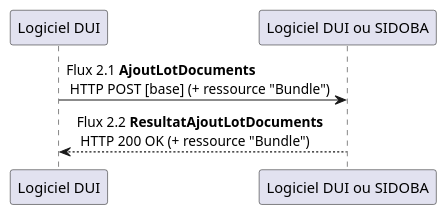
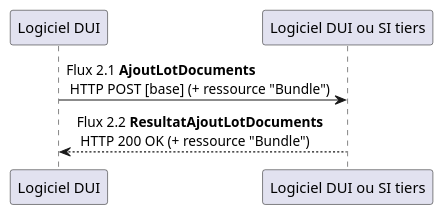
One commit to ansforge/IG-fhir-transfert-donnees-dui-esms changed the diagram in input/images-source/flux2.plantuml. Above: the diagram before and after it, drawn with PlantUML. The commit also changed 5 other files, not shown here.

```diff
--- a/input/images-source/flux2.plantuml
+++ b/input/images-source/flux2.plantuml
@@ -1,6 +1,6 @@
 @startuml
 
-"Logiciel DUI" -> "Logiciel DUI ou SIDOBA" : Flux 2.1 **AjoutLotDocuments** \n HTTP POST [base] (+ ressource "Bundle")
-"Logiciel DUI" <-- "Logiciel DUI ou SIDOBA" : Flux 2.2 **ResultatAjoutLotDocuments** \n HTTP 200 OK (+ ressource "Bundle")
+"Logiciel DUI" -> "Logiciel DUI ou SI tiers" : Flux 2.1 **AjoutLotDocuments** \n HTTP POST [base] (+ ressource "Bundle")
+"Logiciel DUI" <-- "Logiciel DUI ou SI tiers" : Flux 2.2 **ResultatAjoutLotDocuments** \n HTTP 200 OK (+ ressource "Bundle")
 
 @enduml
```
